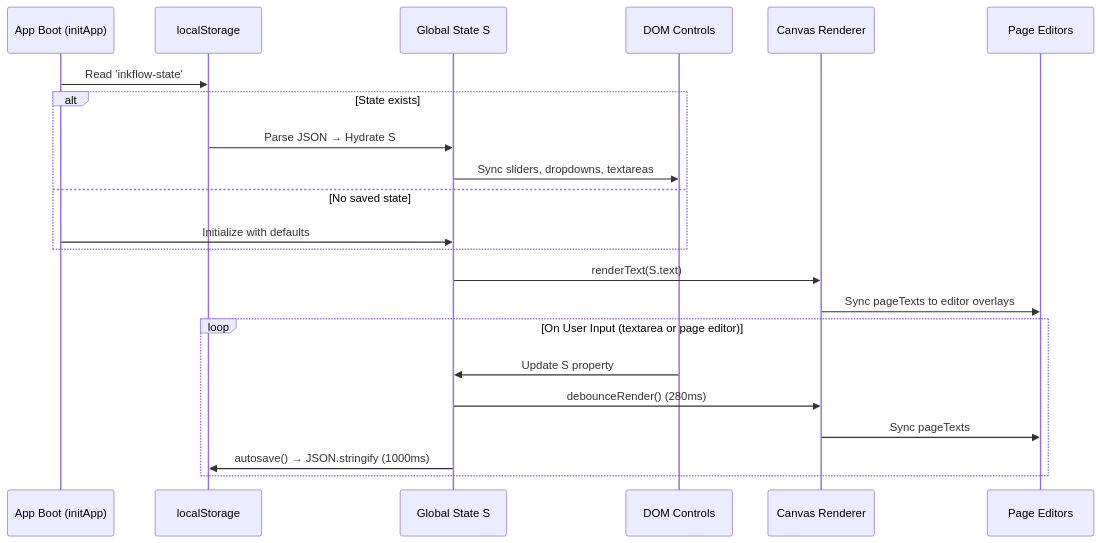
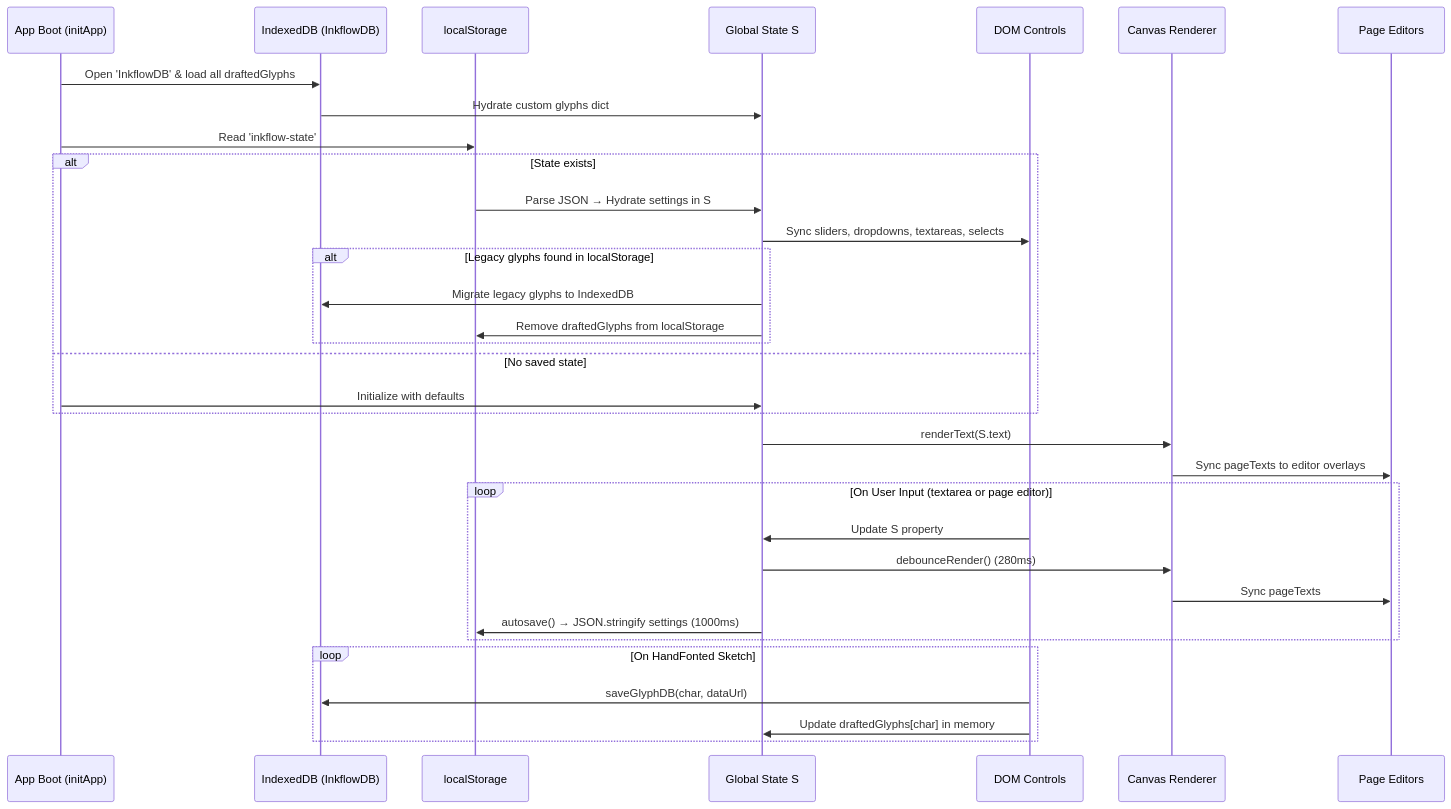
Before and after one commit to VIPHACKER100/Inkflow: the diagram in docs/state-management.md, drawn with Mermaid. The commit also changed other lines of this file and 10 other files, not shown here.

````diff
--- a/docs/state-management.md
+++ b/docs/state-management.md
@@ -34,26 +35,38 @@
 ```mermaid
 sequenceDiagram
     participant Boot as App Boot (initApp)
+    participant DB as IndexedDB (InkflowDB)
     participant LS as localStorage
     participant State as Global State S
     participant UI as DOM Controls
     participant Canvas as Canvas Renderer
     participant Editors as Page Editors
 
+    Boot->>DB: Open 'InkflowDB' & load all draftedGlyphs
+    DB->>State: Hydrate custom glyphs dict
     Boot->>LS: Read 'inkflow-state'
     alt State exists
-        LS->>State: Parse JSON → Hydrate S
-        State->>UI: Sync sliders, dropdowns, textareas
+        LS->>State: Parse JSON → Hydrate settings in S
+        State->>UI: Sync sliders, dropdowns, textareas, selects
+        alt Legacy glyphs found in localStorage
+            State->>DB: Migrate legacy glyphs to IndexedDB
+            State->>LS: Remove draftedGlyphs from localStorage
+        end
     else No saved state
         Boot->>State: Initialize with defaults
     end
     State->>Canvas: renderText(S.text)
     Canvas->>Editors: Sync pageTexts to editor overlays
     
     loop On User Input (textarea or page editor)
         UI->>State: Update S property
         State->>Canvas: debounceRender() (280ms)
         Canvas->>Editors: Sync pageTexts
-        State->>LS: autosave() → JSON.stringify (1000ms)
+        State->>LS: autosave() → JSON.stringify settings (1000ms)
+    end
+    
+    loop On HandFonted Sketch
+        UI->>DB: saveGlyphDB(char, dataUrl)
+        UI->>State: Update draftedGlyphs[char] in memory
     end
 ```
````
